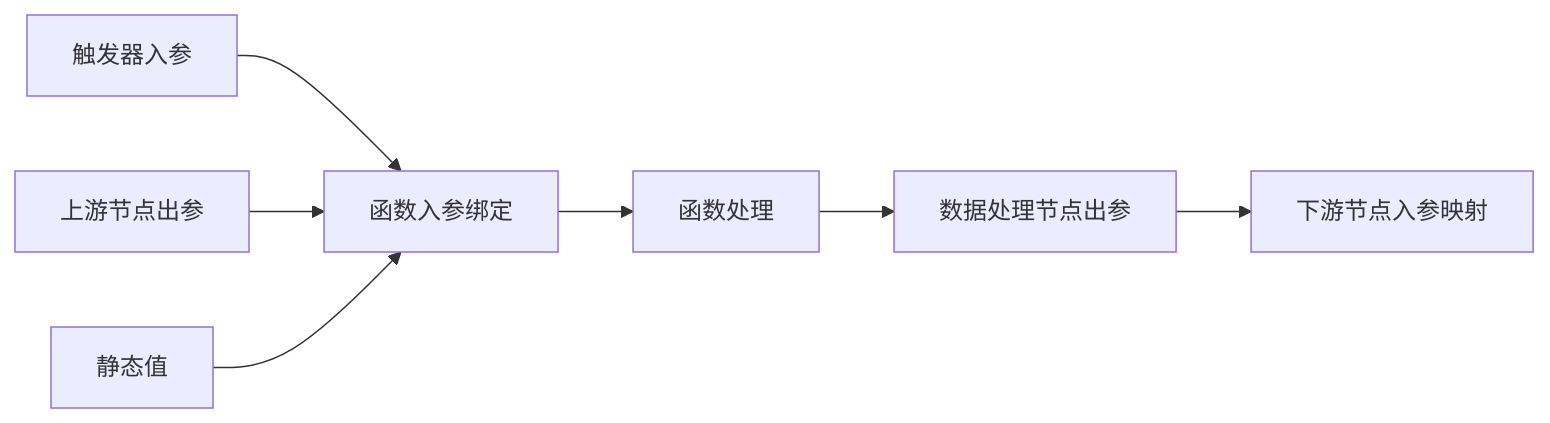
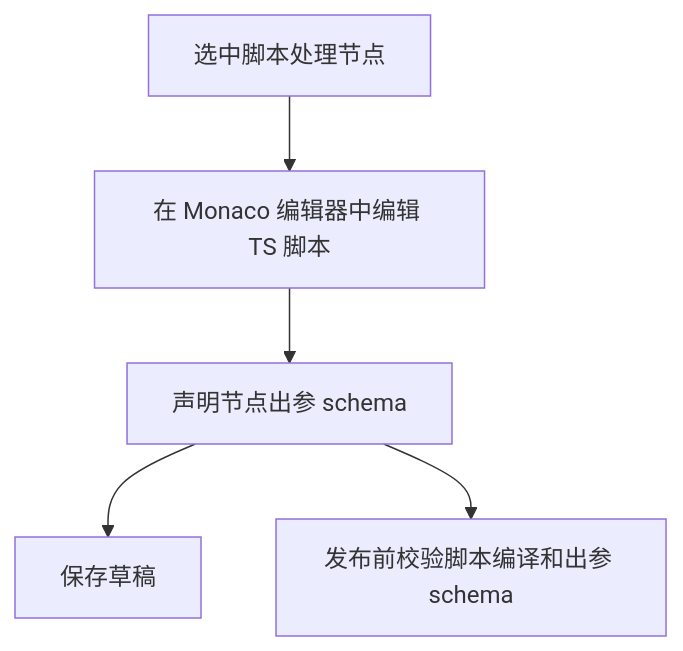
One commit to THZSummer/open-app changed diagram 14 of 17 in front/doc/2026年6月文档/连接流配置需求设计说明书.md. Above: the diagram before and after it, drawn with Mermaid. The commit also changed other lines of this file and 2 other files, not shown here.

````diff
--- a/front/doc/2026年6月文档/连接流配置需求设计说明书.md
+++ b/front/doc/2026年6月文档/连接流配置需求设计说明书.md
@@ -1162,9 +545,7 @@
 ```mermaid
-flowchart LR
-  TriggerInput[触发器入参] --> FunctionInput[函数入参绑定]
-  UpstreamOutput[上游节点出参] --> FunctionInput
-  StaticValue[静态值] --> FunctionInput
-  FunctionInput --> FunctionExec[函数处理]
-  FunctionExec --> DataProcessOutput[数据处理节点出参]
-  DataProcessOutput --> DownstreamMapping[下游节点入参映射]
+flowchart TD
+  OpenScriptConfig[选中脚本处理节点] --> EditScript[在 Monaco 编辑器中编辑 TS 脚本]
+  EditScript --> DefineOutput[声明节点出参 schema]
+  DefineOutput --> SaveDraft[保存草稿]
+  DefineOutput --> PublishValidate[发布前校验脚本编译和出参 schema]
 ```
````
